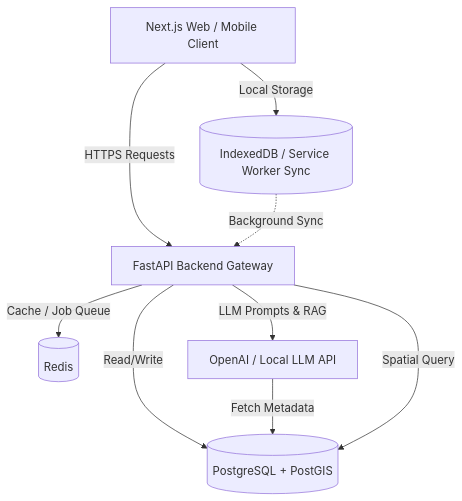
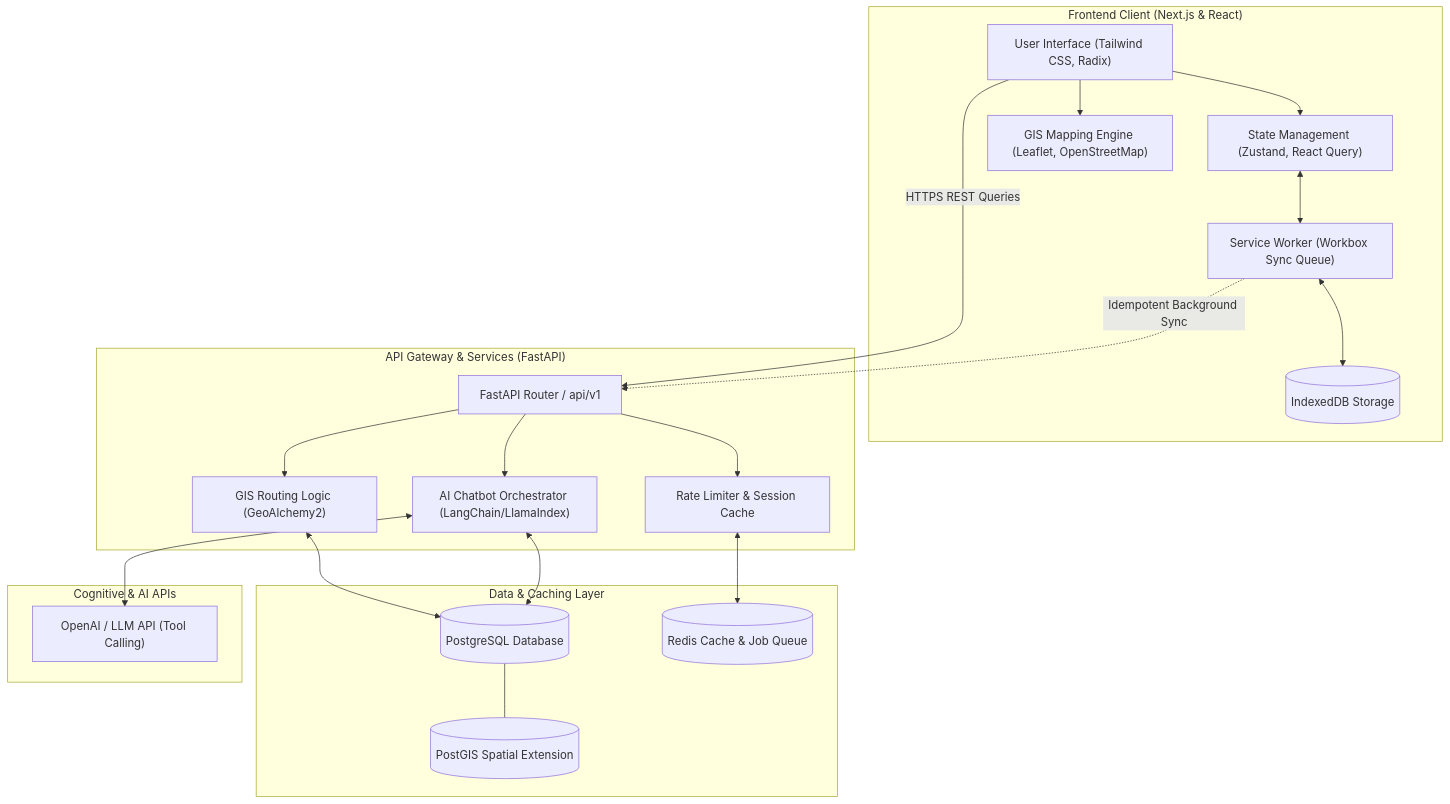
The first of 2 diagrams in README.md (Labreo/ROADWATCH), drawn with Mermaid before and after one commit. The commit also changed other lines of this file, not shown here.

Commit message:
docs: expand README with system architecture diagrams and detailed component documentation

````diff
--- a/README.md
+++ b/README.md
@@ -93,13 +13,46 @@
 ```mermaid
-graph TD
-    Client[Next.js Web / Mobile Client] -->|HTTPS Requests| API[FastAPI Backend Gateway]
-    Client -->|Local Storage| IDB[(IndexedDB / Service Worker Sync)]
-    IDB -.->|Background Sync| API
-    
-    API -->|Read/Write| DB[(PostgreSQL + PostGIS)]
-    API -->|Cache / Job Queue| Redis[(Redis)]
-    API -->|LLM Prompts & RAG| AI[OpenAI / Local LLM API]
-    
-    AI -->|Fetch Metadata| DB
-    API -->|Spatial Query| DB
+graph TB
+    subgraph Client ["Frontend Client (Next.js & React)"]
+        UI["User Interface (Tailwind CSS, Radix)"]
+        Store["State Management (Zustand, React Query)"]
+        Map["GIS Mapping Engine (Leaflet, OpenStreetMap)"]
+        SW["Service Worker (Workbox Sync Queue)"]
+        IDB[(IndexedDB Storage)]
+        
+        UI --> Store
+        UI --> Map
+        SW <--> IDB
+        Store <--> SW
+    end
+
+    subgraph Gateway ["API Gateway & Services (FastAPI)"]
+        Router["FastAPI Router / api/v1"]
+        GIS["GIS Routing Logic (GeoAlchemy2)"]
+        LLM["AI Chatbot Orchestrator (LangChain/LlamaIndex)"]
+        RateLimit["Rate Limiter & Session Cache"]
+        
+        Router --> GIS
+        Router --> LLM
+        Router --> RateLimit
+    end
+
+    subgraph Data ["Data & Caching Layer"]
+        PostgreSQL[(PostgreSQL Database)]
+        PostGIS[(PostGIS Spatial Extension)]
+        Redis[(Redis Cache & Job Queue)]
+        
+        PostgreSQL --- PostGIS
+    end
+
+    subgraph Cognitive ["Cognitive & AI APIs"]
+        OpenAI["OpenAI / LLM API (Tool Calling)"]
+    end
+
+    %% Network interactions
+    UI -->|HTTPS REST Queries| Router
+    SW -.->|Idempotent Background Sync| Router
+    RateLimit <--> Redis
+    GIS <--> PostgreSQL
+    LLM <--> OpenAI
+    LLM <--> PostgreSQL
 ```
````
